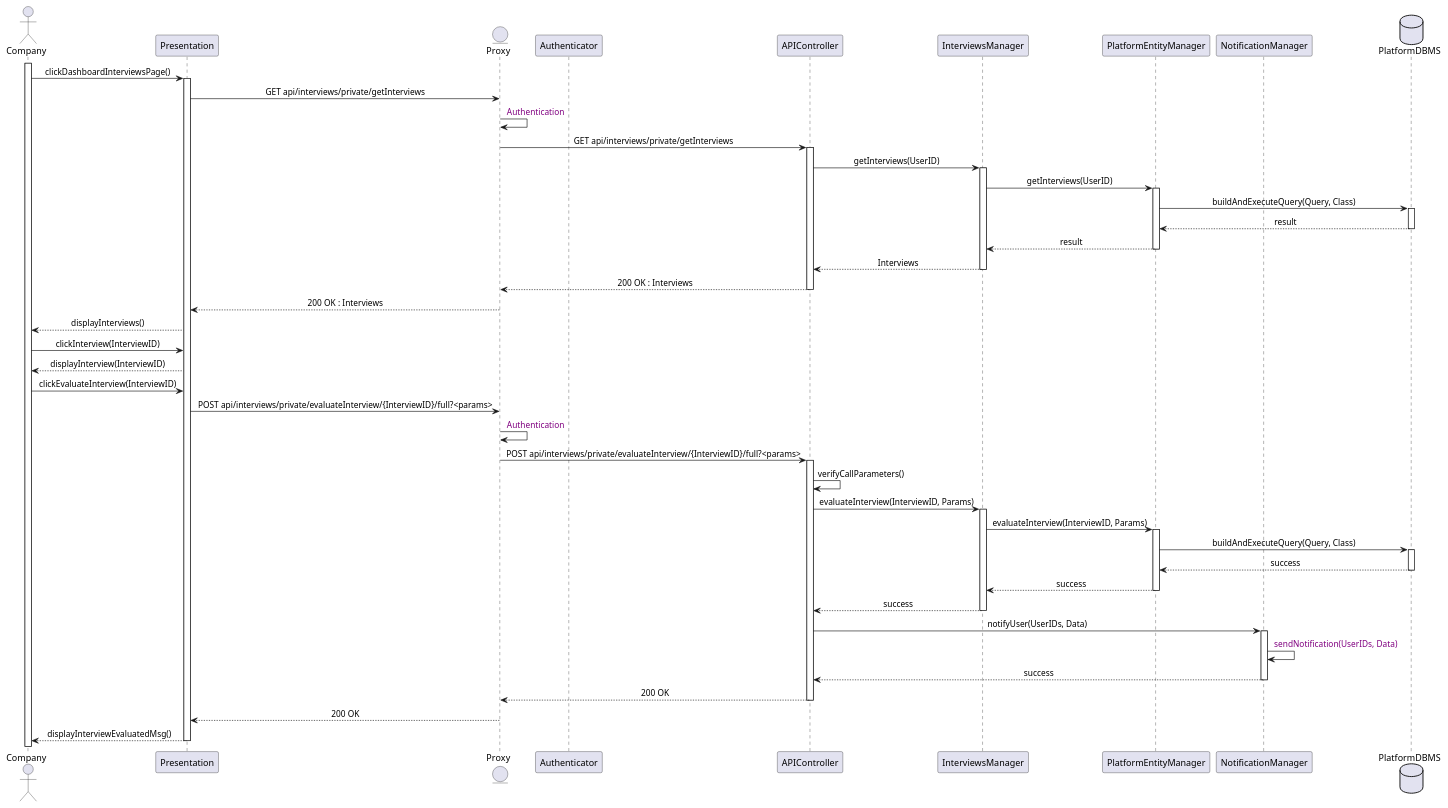
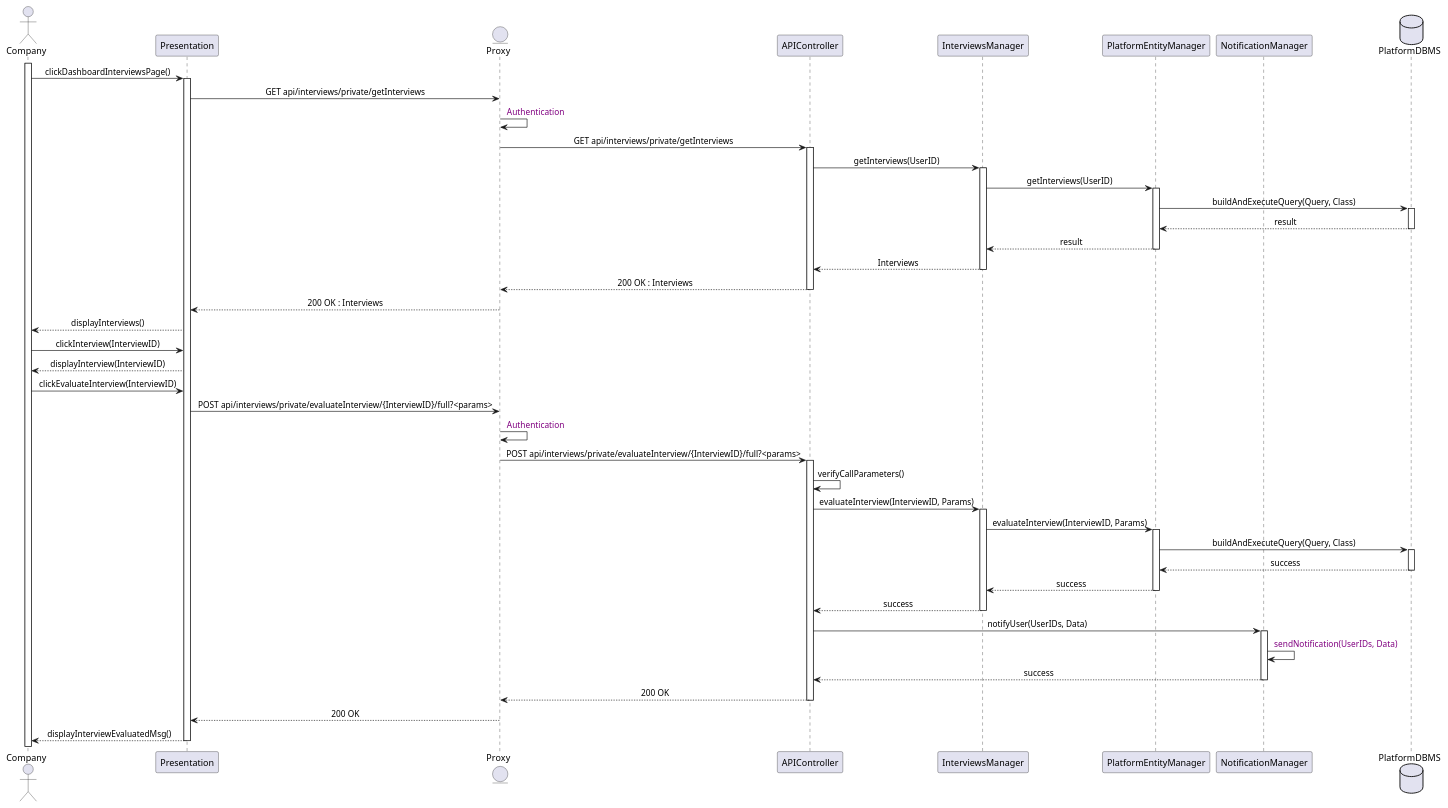
One commit to Slaitroc/RicciPaoliGrisoni changed the diagram in Diagrams/SequenceDiagrams/DD/12CompanyEvaluatesInterview.wsd. Above: the diagram before and after it, drawn with PlantUML. The commit also changed 4 other files, not shown here.

Commit message:
add SequenceDiagram 14

```diff
--- a/Diagrams/SequenceDiagrams/DD/12CompanyEvaluatesInterview.wsd
+++ b/Diagrams/SequenceDiagrams/DD/12CompanyEvaluatesInterview.wsd
@@ -1,76 +1,75 @@
 @startuml CompanyEvaluatesInterview
 skinparam sequenceMessageAlign center
 actor       Company
 participant Presentation
 entity      Proxy
-participant Authenticator
 participant APIController
 participant InterviewsManager
 participant PlatformEntityManager
 participant NotificationManager 
 database    PlatformDBMS
 
 activate Company
 Company -> Presentation : clickDashboardInterviewsPage()
 activate Presentation
 Presentation -> Proxy : GET api/interviews/private/getInterviews
 Proxy -> Proxy : <color:purple> Authentication
 Proxy -> APIController : GET api/interviews/private/getInterviews
 activate APIController
 APIController -> InterviewsManager : getInterviews(UserID)
 activate InterviewsManager
 InterviewsManager -> PlatformEntityManager : getInterviews(UserID)
 activate PlatformEntityManager
 PlatformEntityManager -> PlatformDBMS : buildAndExecuteQuery(Query, Class)
 activate PlatformDBMS
 PlatformDBMS --> PlatformEntityManager : result
 deactivate PlatformDBMS
 PlatformEntityManager --> InterviewsManager : result
 deactivate PlatformEntityManager
 InterviewsManager --> APIController : Interviews
 deactivate InterviewsManager
 APIController --> Proxy : 200 OK : Interviews
 deactivate APIController
 Proxy --> Presentation : 200 OK : Interviews
 deactivate Proxy
 Presentation --> Company : displayInterviews()
 Company -> Presentation : clickInterview(InterviewID)
 Presentation --> Company : displayInterview(InterviewID)
 Company -> Presentation : clickEvaluateInterview(InterviewID)
 'params are the evaluations for each question like 
 '{ "answer": [ { "questionID": 1}, {"evaluation": 5}, { "questionID": 2}, {"evaluation": 4} }
 Presentation -> Proxy : POST api/interviews/private/evaluateInterview/{InterviewID}/full?<params>
 Proxy -> Proxy : <color:purple> Authentication
 Proxy -> APIController : POST api/interviews/private/evaluateInterview/{InterviewID}/full?<params>
 activate APIController
 APIController -> APIController : verifyCallParameters()
 APIController -> InterviewsManager : evaluateInterview(InterviewID, Params)
 activate InterviewsManager
 InterviewsManager -> PlatformEntityManager : evaluateInterview(InterviewID, Params)
 activate PlatformEntityManager
 PlatformEntityManager -> PlatformDBMS : buildAndExecuteQuery(Query, Class)
 activate PlatformDBMS
 PlatformDBMS --> PlatformEntityManager : success
 deactivate PlatformDBMS
 PlatformEntityManager --> InterviewsManager : success
 deactivate PlatformEntityManager
 InterviewsManager --> APIController : success
 deactivate InterviewsManager
 APIController -> NotificationManager : notifyUser(UserIDs, Data)
 activate NotificationManager
 NotificationManager -> NotificationManager : <color:purple> sendNotification(UserIDs, Data)
 NotificationManager --> APIController : success
 deactivate NotificationManager
 APIController --> Proxy : 200 OK
 deactivate APIController
 Proxy --> Presentation : 200 OK
 deactivate Proxy
 Presentation --> Company : displayInterviewEvaluatedMsg()
 deactivate Presentation
 
 
 
 
 
 
 @enduml
```
